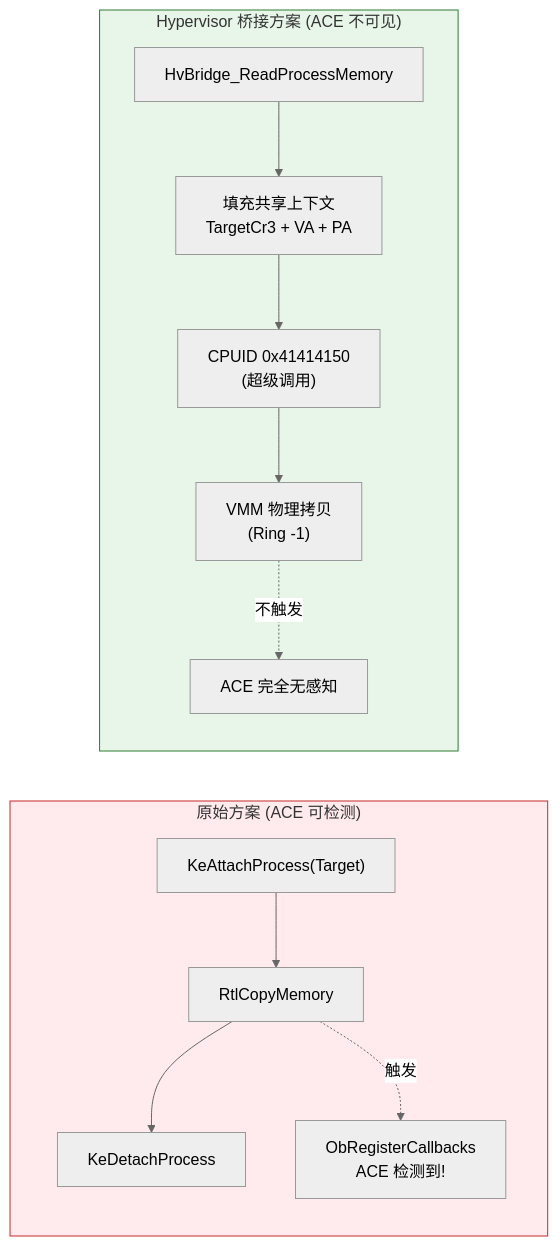
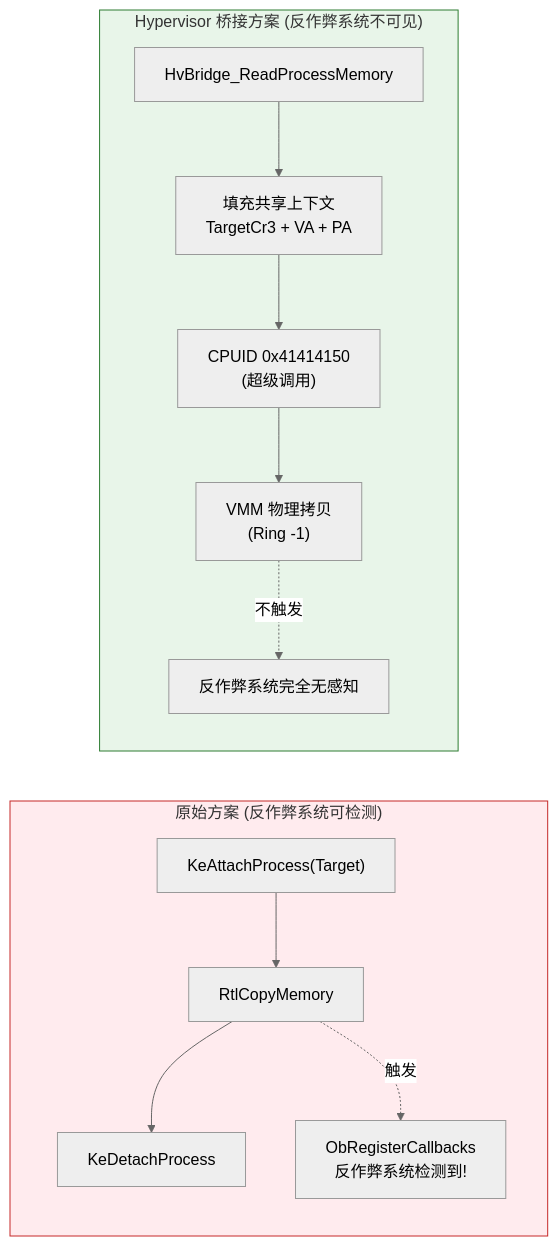
One commit to a619350644/SvmDebug changed diagram 20 of 24 in SvmDebug_设计文档.md. Above: the diagram before and after it, drawn with Mermaid (neutral theme). The commit also changed other lines of this file, not shown here.

````diff
--- a/SvmDebug_设计文档.md
+++ b/SvmDebug_设计文档.md
@@ -1081,17 +1081,17 @@
 ```mermaid
 graph LR
-    subgraph Original["原始方案 (ACE 可检测)"]
+    subgraph Original["原始方案 (反作弊系统可检测)"]
         O1["KeAttachProcess(Target)"] --> O2["RtlCopyMemory"] --> O3["KeDetachProcess"]
-        O2 -.->|"触发"| ACE1["ObRegisterCallbacks<br/>ACE 检测到!"]
+        O2 -.->|"触发"| AntiCheat1["ObRegisterCallbacks<br/>反作弊系统检测到!"]
     end
 
-    subgraph Bridge["Hypervisor 桥接方案 (ACE 不可见)"]
+    subgraph Bridge["Hypervisor 桥接方案 (反作弊系统不可见)"]
         B1["HvBridge_ReadProcessMemory"] --> B2["填充共享上下文<br/>TargetCr3 + VA + PA"]
         B2 --> B3["CPUID 0x41414150<br/>(超级调用)"]
         B3 --> B4["VMM 物理拷贝<br/>(Ring -1)"]
-        B4 -.->|"不触发"| ACE2["ACE 完全无感知"]
+        B4 -.->|"不触发"| AntiCheat2["反作弊系统完全无感知"]
     end
 
     style Original fill:#ffebee,stroke:#c62828
     style Bridge fill:#e8f5e9,stroke:#2e7d32
 ```
````
